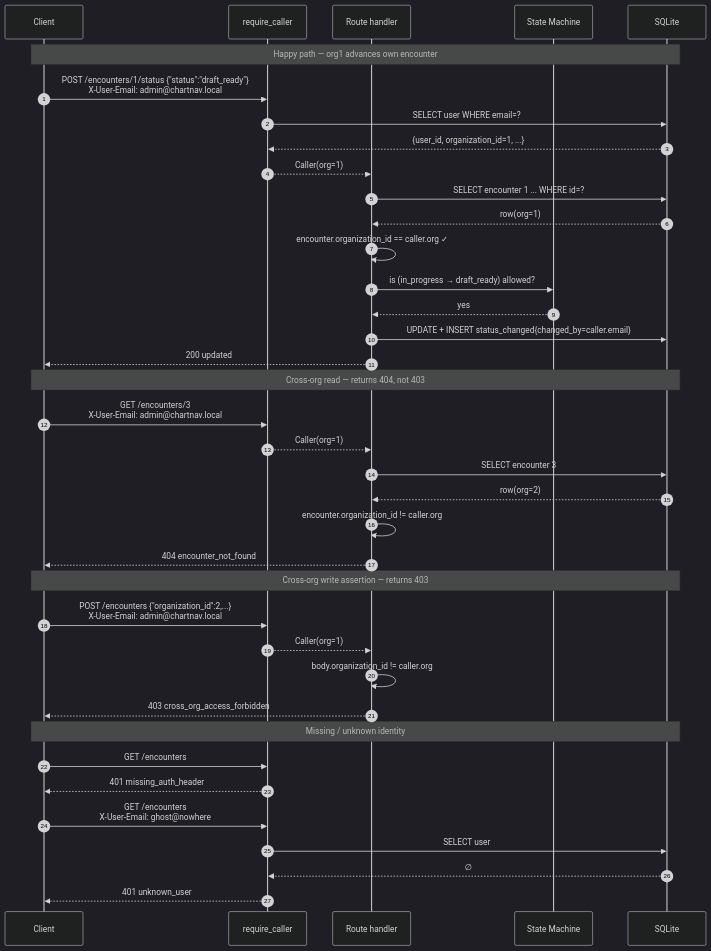
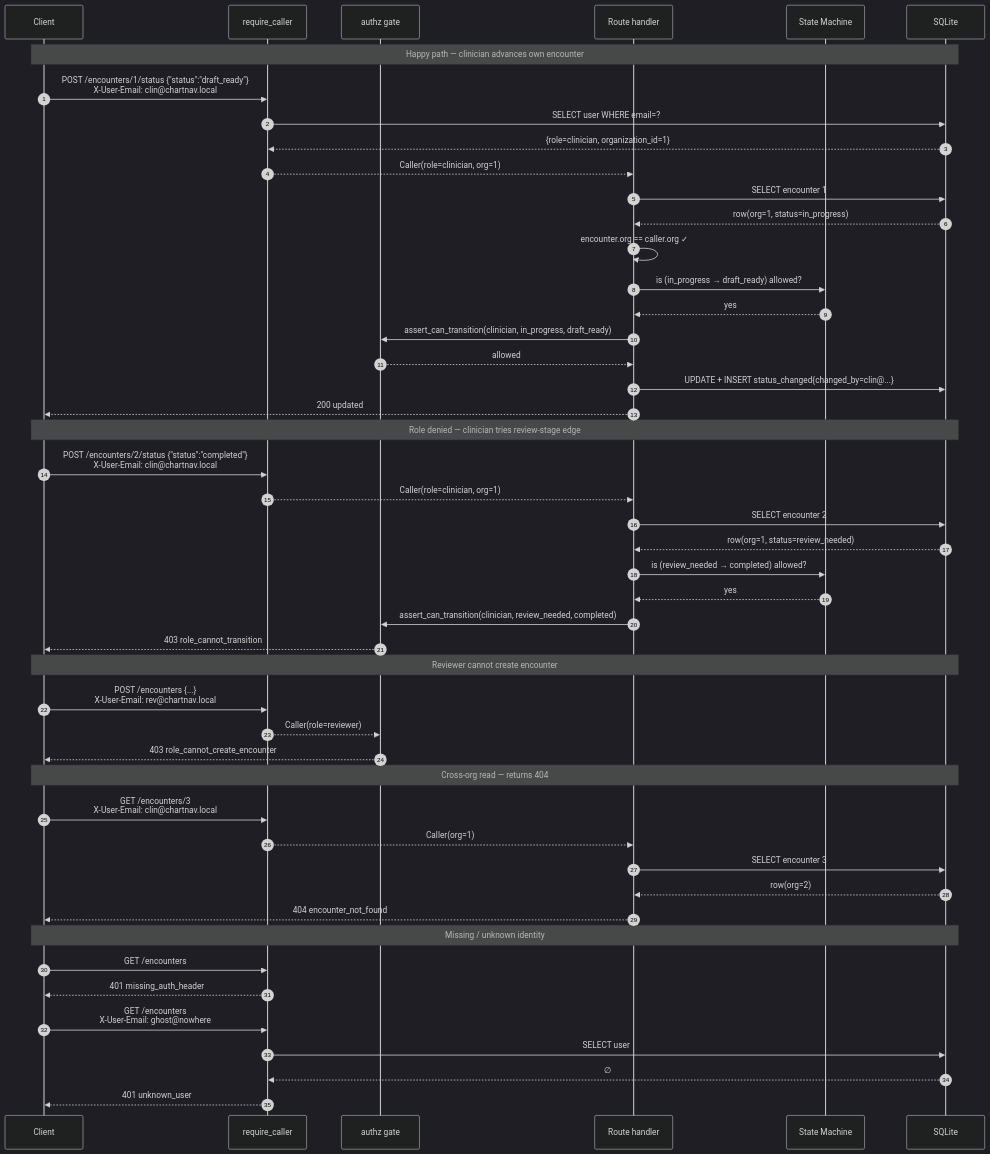
Before and after one commit to thekidd2227/chartnav-platform: the diagram in docs/diagrams/api-data-flow.md, drawn with Mermaid (dark theme). The commit also changed 22 other files, not shown here.

````diff
--- a/docs/diagrams/api-data-flow.md
+++ b/docs/diagrams/api-data-flow.md
@@ -3,44 +3,55 @@
 ```mermaid
 sequenceDiagram
   autonumber
   participant C as Client
-  participant Auth as require_caller
+  participant Authn as require_caller
+  participant Authz as authz gate
   participant R as Route handler
   participant SM as State Machine
   participant DB as SQLite
 
-  Note over C,DB: Happy path — org1 advances own encounter
-  C->>Auth: POST /encounters/1/status {"status":"draft_ready"}<br/>X-User-Email: admin@chartnav.local
-  Auth->>DB: SELECT user WHERE email=?
-  DB-->>Auth: {user_id, organization_id=1, ...}
-  Auth-->>R: Caller(org=1)
-  R->>DB: SELECT encounter 1 ... WHERE id=?
-  DB-->>R: row(org=1)
-  R->>R: encounter.organization_id == caller.org ✓
+  Note over C,DB: Happy path — clinician advances own encounter
+  C->>Authn: POST /encounters/1/status {"status":"draft_ready"}<br/>X-User-Email: clin@chartnav.local
+  Authn->>DB: SELECT user WHERE email=?
+  DB-->>Authn: {role=clinician, organization_id=1}
+  Authn-->>R: Caller(role=clinician, org=1)
+  R->>DB: SELECT encounter 1
+  DB-->>R: row(org=1, status=in_progress)
+  R->>R: encounter.org == caller.org ✓
   R->>SM: is (in_progress → draft_ready) allowed?
   SM-->>R: yes
-  R->>DB: UPDATE + INSERT status_changed{changed_by=caller.email}
+  R->>Authz: assert_can_transition(clinician, in_progress, draft_ready)
+  Authz-->>R: allowed
+  R->>DB: UPDATE + INSERT status_changed{changed_by=clin@...}
   R-->>C: 200 updated
 
-  Note over C,DB: Cross-org read — returns 404, not 403
-  C->>Auth: GET /encounters/3<br/>X-User-Email: admin@chartnav.local
-  Auth-->>R: Caller(org=1)
+  Note over C,DB: Role denied — clinician tries review-stage edge
+  C->>Authn: POST /encounters/2/status {"status":"completed"}<br/>X-User-Email: clin@chartnav.local
+  Authn-->>R: Caller(role=clinician, org=1)
+  R->>DB: SELECT encounter 2
+  DB-->>R: row(org=1, status=review_needed)
+  R->>SM: is (review_needed → completed) allowed?
+  SM-->>R: yes
+  R->>Authz: assert_can_transition(clinician, review_needed, completed)
+  Authz-->>C: 403 role_cannot_transition
+
+  Note over C,DB: Reviewer cannot create encounter
+  C->>Authn: POST /encounters {...}<br/>X-User-Email: rev@chartnav.local
+  Authn-->>Authz: Caller(role=reviewer)
+  Authz-->>C: 403 role_cannot_create_encounter
+
+  Note over C,DB: Cross-org read — returns 404
+  C->>Authn: GET /encounters/3<br/>X-User-Email: clin@chartnav.local
+  Authn-->>R: Caller(org=1)
   R->>DB: SELECT encounter 3
   DB-->>R: row(org=2)
-  R->>R: encounter.organization_id != caller.org
   R-->>C: 404 encounter_not_found
 
-  Note over C,DB: Cross-org write assertion — returns 403
-  C->>Auth: POST /encounters {"organization_id":2,...}<br/>X-User-Email: admin@chartnav.local
-  Auth-->>R: Caller(org=1)
-  R->>R: body.organization_id != caller.org
-  R-->>C: 403 cross_org_access_forbidden
-
   Note over C,DB: Missing / unknown identity
-  C->>Auth: GET /encounters
-  Auth-->>C: 401 missing_auth_header
-  C->>Auth: GET /encounters<br/>X-User-Email: ghost@nowhere
-  Auth->>DB: SELECT user
-  DB-->>Auth: ∅
-  Auth-->>C: 401 unknown_user
+  C->>Authn: GET /encounters
+  Authn-->>C: 401 missing_auth_header
+  C->>Authn: GET /encounters<br/>X-User-Email: ghost@nowhere
+  Authn->>DB: SELECT user
+  DB-->>Authn: ∅
+  Authn-->>C: 401 unknown_user
 ```
````
